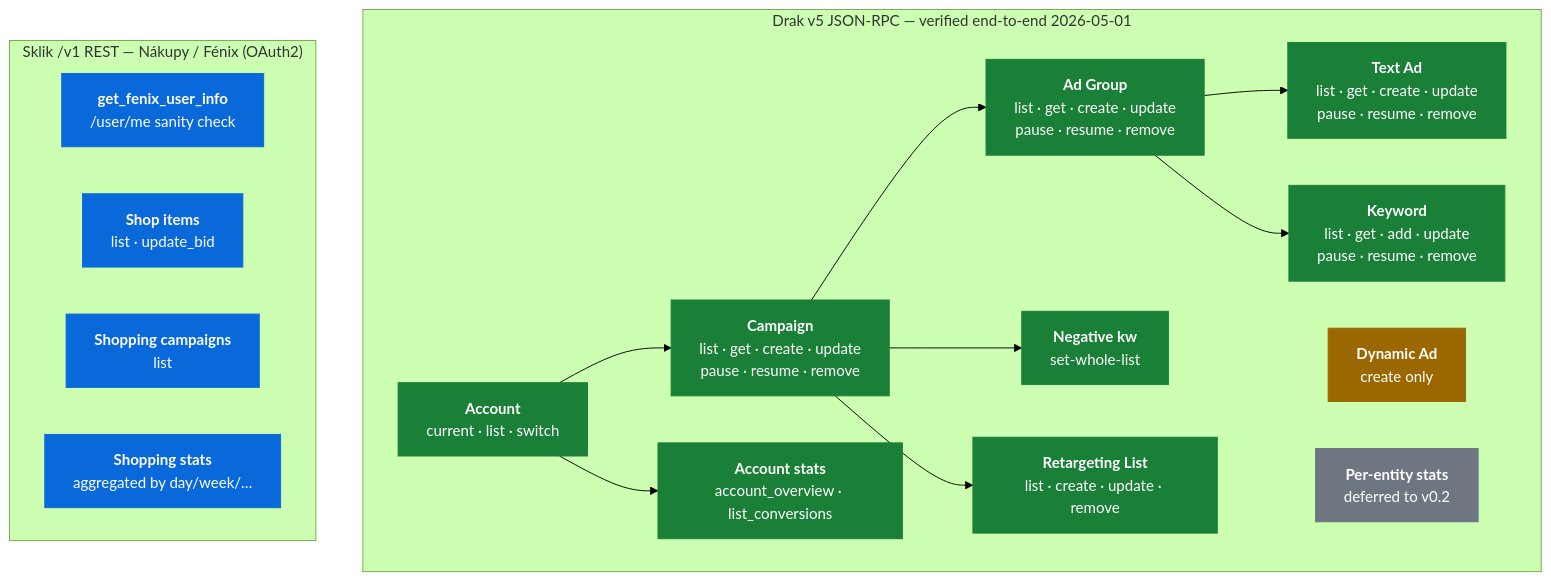
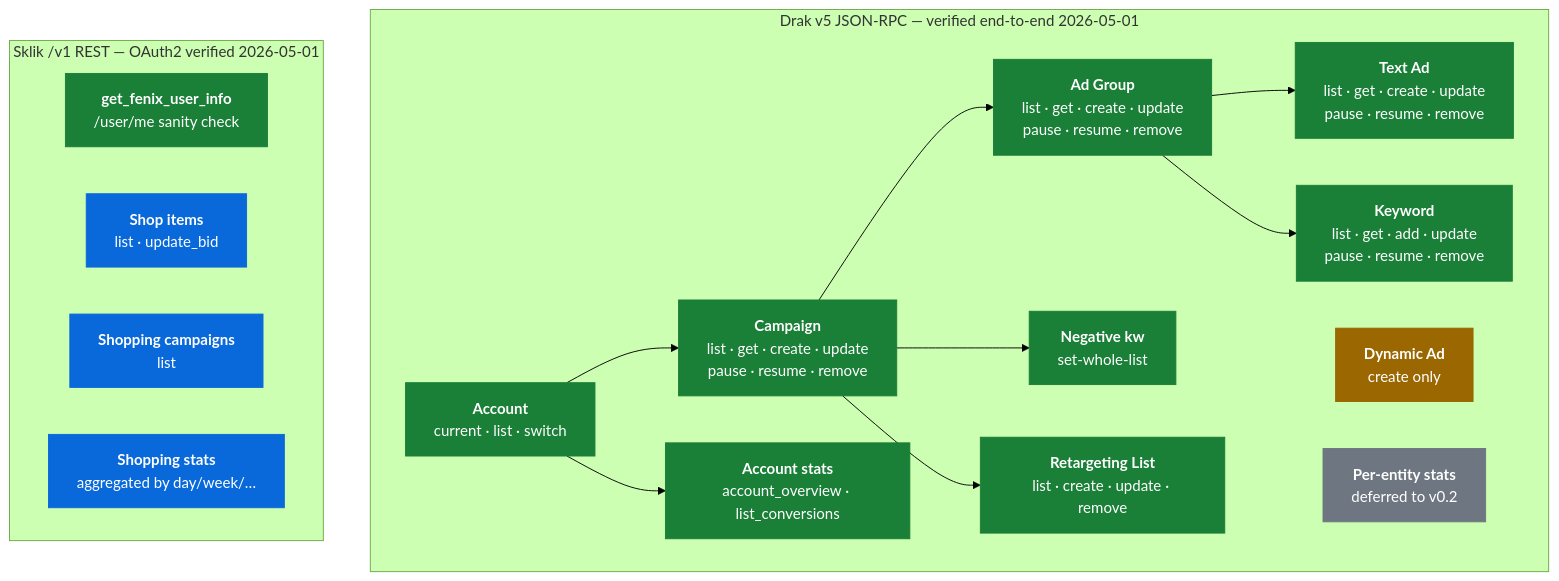
One commit to larsdittinger/seznam-ads-mcp changed the diagram in README.md. Above: the diagram before and after it, drawn with Mermaid (forest theme). The commit also changed other lines of this file and 1 other file, not shown here.

First line of the commit message:
Promote Fénix OAuth + /user/me to verified after live smoke

````diff
--- a/README.md
+++ b/README.md
@@ -136,35 +137,35 @@
 ```mermaid
 graph TB
     subgraph Drak["Drak v5 JSON-RPC — verified end-to-end 2026-05-01"]
         ACC["<b>Account</b><br/>current · list · switch"]:::ok
         CMP["<b>Campaign</b><br/>list · get · create · update<br/>pause · resume · remove"]:::ok
         GRP["<b>Ad Group</b><br/>list · get · create · update<br/>pause · resume · remove"]:::ok
         AD["<b>Text Ad</b><br/>list · get · create · update<br/>pause · resume · remove"]:::ok
         KW["<b>Keyword</b><br/>list · get · add · update<br/>pause · resume · remove"]:::ok
         NK["<b>Negative kw</b><br/>set-whole-list"]:::ok
         RT["<b>Retargeting List</b><br/>list · create · update · remove"]:::ok
         OVW["<b>Account stats</b><br/>account_overview · list_conversions"]:::ok
         DYN["<b>Dynamic Ad</b><br/>create only"]:::warn
         PER["<b>Per-entity stats</b><br/>deferred to v0.2"]:::pending
 
         ACC --> CMP
         CMP --> GRP
         GRP --> AD
         GRP --> KW
         CMP --> NK
         CMP --> RT
         ACC --> OVW
     end
 
-    subgraph Fenix["Sklik /v1 REST — Nákupy / Fénix (OAuth2)"]
-        WHO["<b>get_fenix_user_info</b><br/>/user/me sanity check"]:::wired
+    subgraph Fenix["Sklik /v1 REST — OAuth2 verified 2026-05-01"]
+        WHO["<b>get_fenix_user_info</b><br/>/user/me sanity check"]:::ok
         SHO["<b>Shop items</b><br/>list · update_bid"]:::wired
         SCA["<b>Shopping campaigns</b><br/>list"]:::wired
         SST["<b>Shopping stats</b><br/>aggregated by day/week/…"]:::wired
     end
 
     classDef ok fill:#1a7f37,stroke:#1a7f37,color:#fff
     classDef warn fill:#9a6700,stroke:#9a6700,color:#fff
     classDef pending fill:#6e7781,stroke:#6e7781,color:#fff
     classDef wired fill:#0969da,stroke:#0969da,color:#fff
 ```
````
